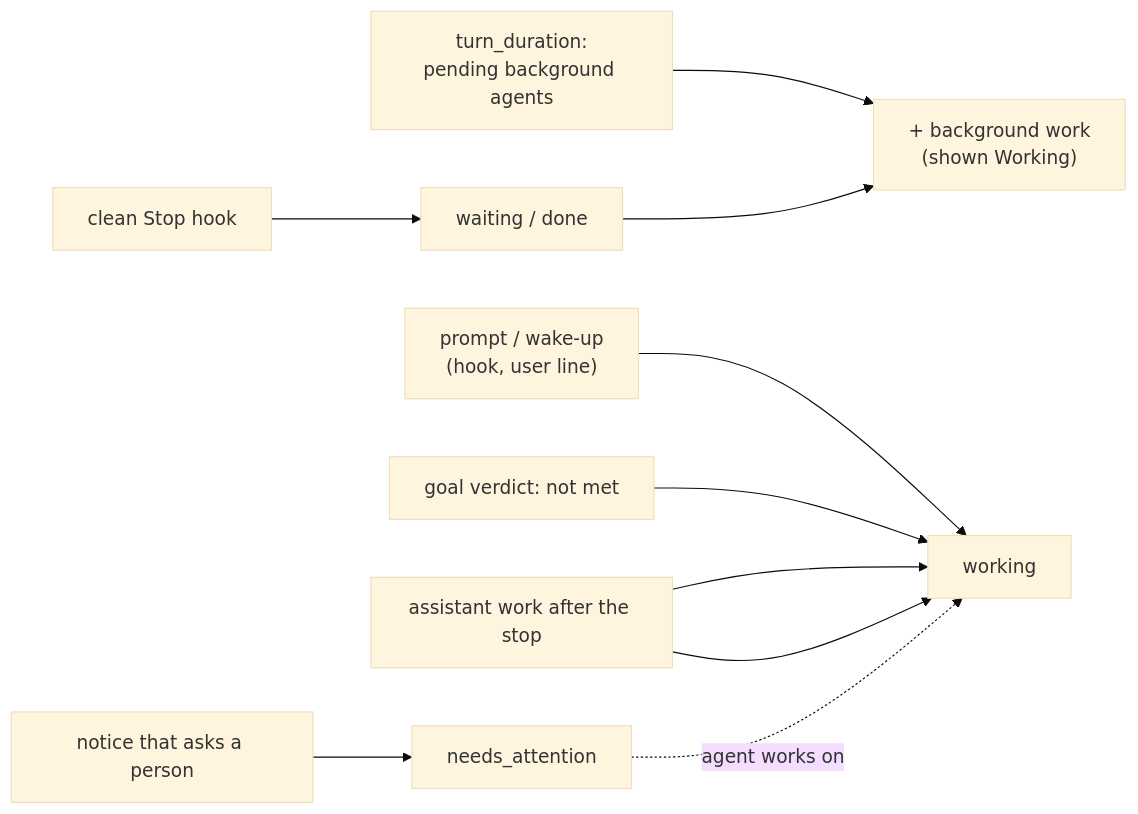
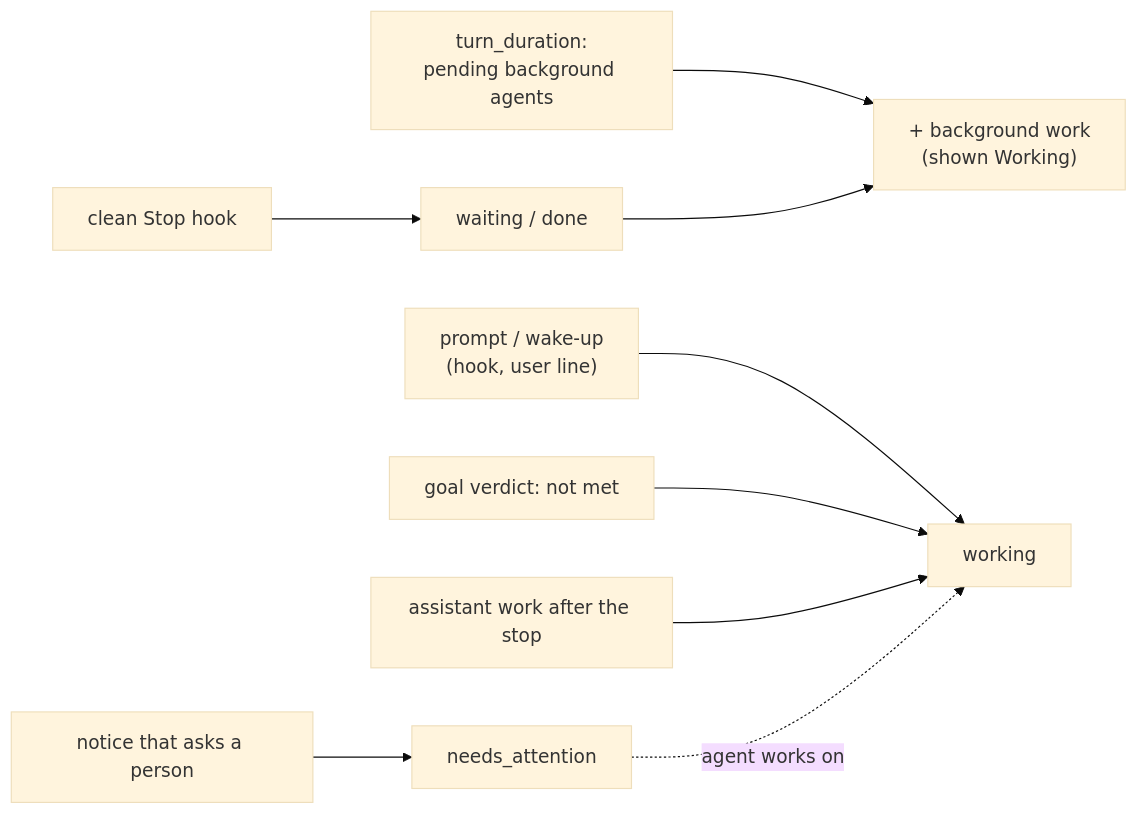
Before and after one commit to Quartio-Studio/yulius: the sixth of 7 diagrams in docs/architecture.md, drawn with Mermaid (base theme). The commit also changed 5 other files, not shown here.

````diff
--- a/docs/architecture.md
+++ b/docs/architecture.md
@@ -157,12 +157,11 @@
 ```mermaid
 flowchart LR
     prompt["prompt / wake-up\n(hook, user line)"] --> working
     stop["clean Stop hook"] --> idle["waiting / done"]
     turn["turn_duration:\npending background agents"] --> bg["+ background work\n(shown Working)"]
     idle --> bg
     verdict["goal verdict: not met"] --> working
     work["assistant work after the stop"] --> working
     notice["notice that asks a person"] --> attention["needs_attention"]
-    work --> working
     attention -.->|"agent works on"| working
 ```
````
